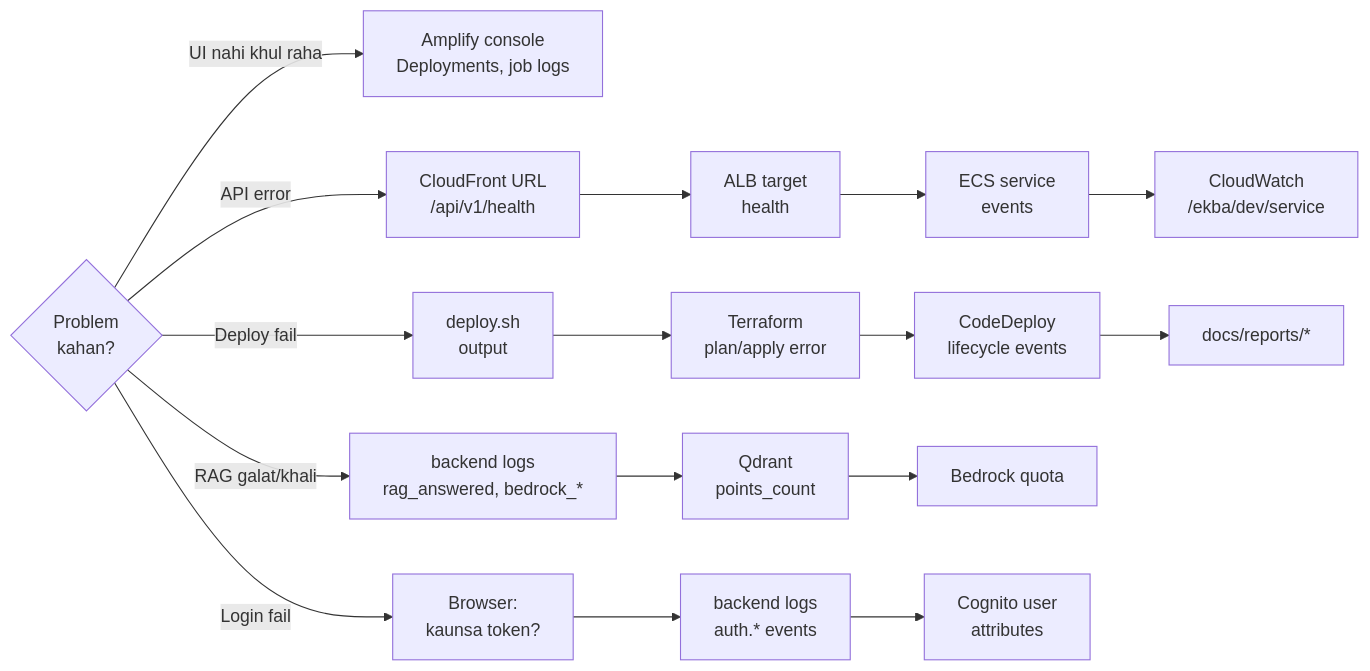
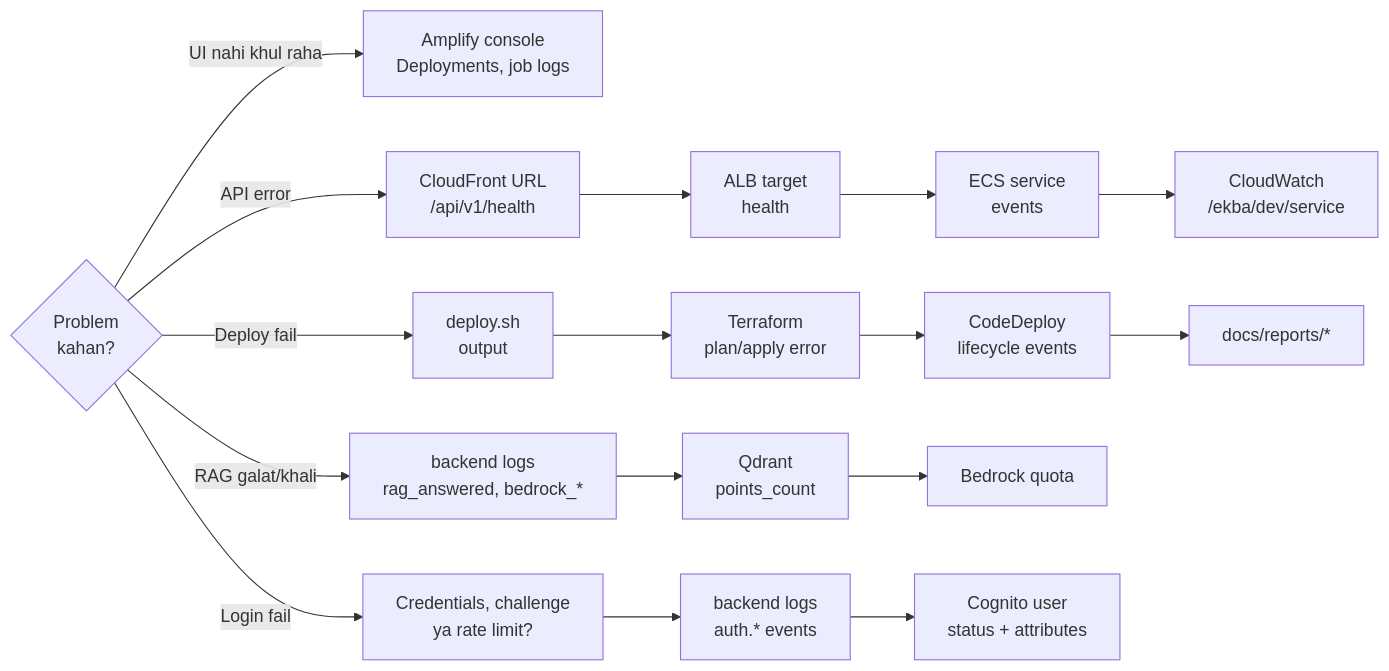
Diagram 14 of 16 in docs/handbook/ENTERPRISE_KNOWLEDGE_AUTOMATION_COMPLETE_HANDBOOK.md (Analyst-Parveen/Enterprise-Knowledge-Based-Automation), drawn with Mermaid before and after one commit. The commit also changed other lines of this file and 71 other files, not shown here.

````diff
--- a/docs/handbook/ENTERPRISE_KNOWLEDGE_AUTOMATION_COMPLETE_HANDBOOK.md
+++ b/docs/handbook/ENTERPRISE_KNOWLEDGE_AUTOMATION_COMPLETE_HANDBOOK.md
@@ -1746,8 +1907,8 @@
 ```mermaid
 flowchart LR
     P{Problem<br/>kahan?} -->|UI nahi khul raha| A1[Amplify console<br/>Deployments, job logs]
     P -->|API error| B1[CloudFront URL<br/>/api/v1/health] --> B2[ALB target<br/>health] --> B3[ECS service<br/>events] --> B4[CloudWatch<br/>/ekba/dev/service]
     P -->|Deploy fail| C1[deploy.sh<br/>output] --> C2[Terraform<br/>plan/apply error] --> C3[CodeDeploy<br/>lifecycle events] --> C4[docs/reports/*]
     P -->|RAG galat/khali| D1[backend logs<br/>rag_answered, bedrock_*] --> D2[Qdrant<br/>points_count] --> D3[Bedrock quota]
-    P -->|Login fail| E1[Browser:<br/>kaunsa token?] --> E2[backend logs<br/>auth.* events] --> E3[Cognito user<br/>attributes]
+    P -->|Login fail| E1[Credentials, challenge<br/>ya rate limit?] --> E2[backend logs<br/>auth.* events] --> E3[Cognito user<br/>status + attributes]
 ```
````
